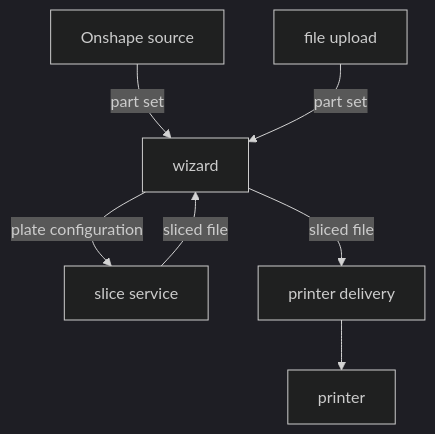
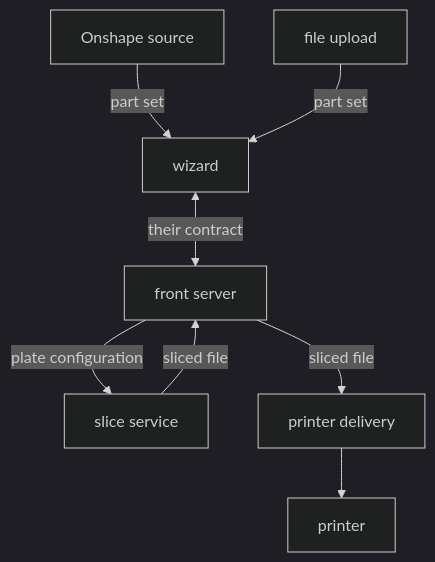
The diagram in docs/plans/penguin-slicer-plan.md (6238/PenguinSlicer), drawn with Mermaid (dark theme) before and after one commit. The commit also changed other lines of this file and 6 other files, not shown here.

First line of the commit message:
The architecture document, the plan and the indexes brought into line with the approved design

````diff
--- a/docs/plans/penguin-slicer-plan.md
+++ b/docs/plans/penguin-slicer-plan.md
@@ -104,9 +129,10 @@
 ```mermaid
 flowchart TB
     on["Onshape source"] -->|"part set"| wz["wizard"]
     up["file upload"] -->|"part set"| wz
-    wz -->|"plate configuration"| sl["slice service"]
-    sl -->|"sliced file"| wz
-    wz -->|"sliced file"| de["printer delivery"]
+    wz <-->|"their contract"| fr["front server"]
+    fr -->|"plate configuration"| sl["slice service"]
+    sl -->|"sliced file"| fr
+    fr -->|"sliced file"| de["printer delivery"]
     de --> pr["printer"]
 ```
````
